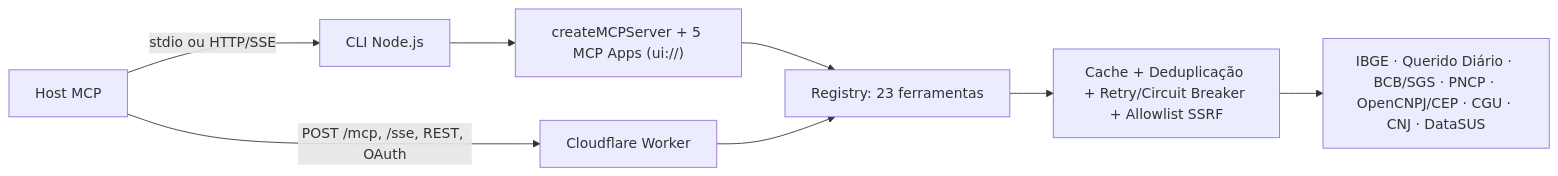
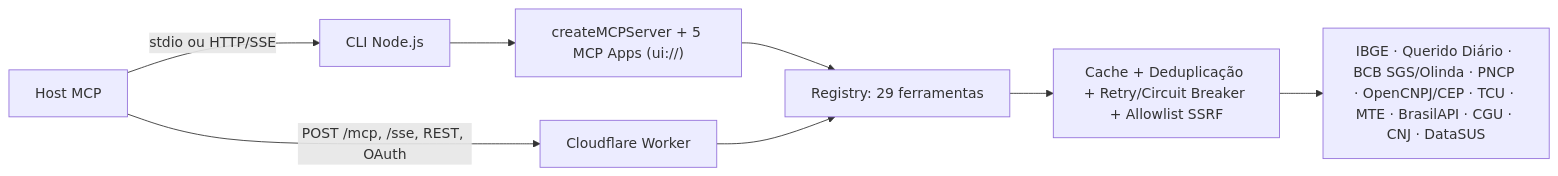
One commit to cristianoaredes/mcp-dadosbr changed the diagram in README.md. Above: the diagram before and after it, drawn with Mermaid. The commit also changed other lines of this file and 21 other files, not shown here.

````diff
--- a/README.md
+++ b/README.md
@@ -274,10 +280,10 @@
 ```mermaid
 flowchart LR
   Host["Host MCP"] -->|"stdio ou HTTP/SSE"| CLI["CLI Node.js"]
   Host -->|"POST /mcp, /sse, REST, OAuth"| Worker["Cloudflare Worker"]
   CLI --> Server["createMCPServer + 5 MCP Apps (ui://)"]
-  Server --> Registry["Registry: 23 ferramentas"]
+  Server --> Registry["Registry: 29 ferramentas"]
   Worker --> Registry
   Registry --> Infra["Cache + Deduplicação + Retry/Circuit Breaker + Allowlist SSRF"]
-  Infra --> APIs["IBGE · Querido Diário · BCB/SGS · PNCP · OpenCNPJ/CEP · CGU · CNJ · DataSUS"]
+  Infra --> APIs["IBGE · Querido Diário · BCB SGS/Olinda · PNCP · OpenCNPJ/CEP · TCU · MTE · BrasilAPI · CGU · CNJ · DataSUS"]
 ```
````
